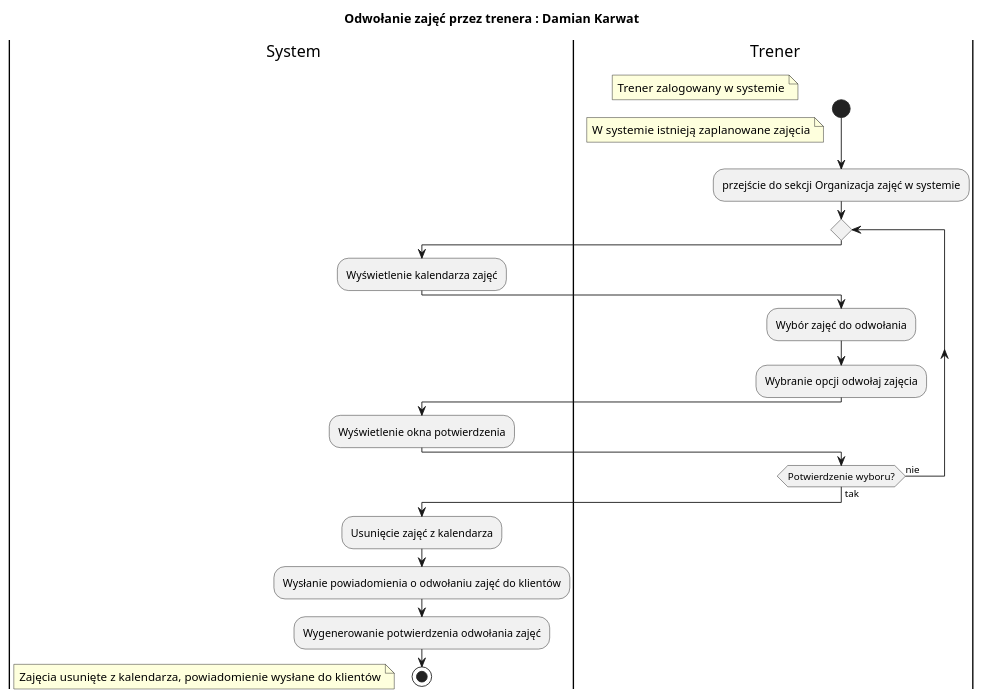
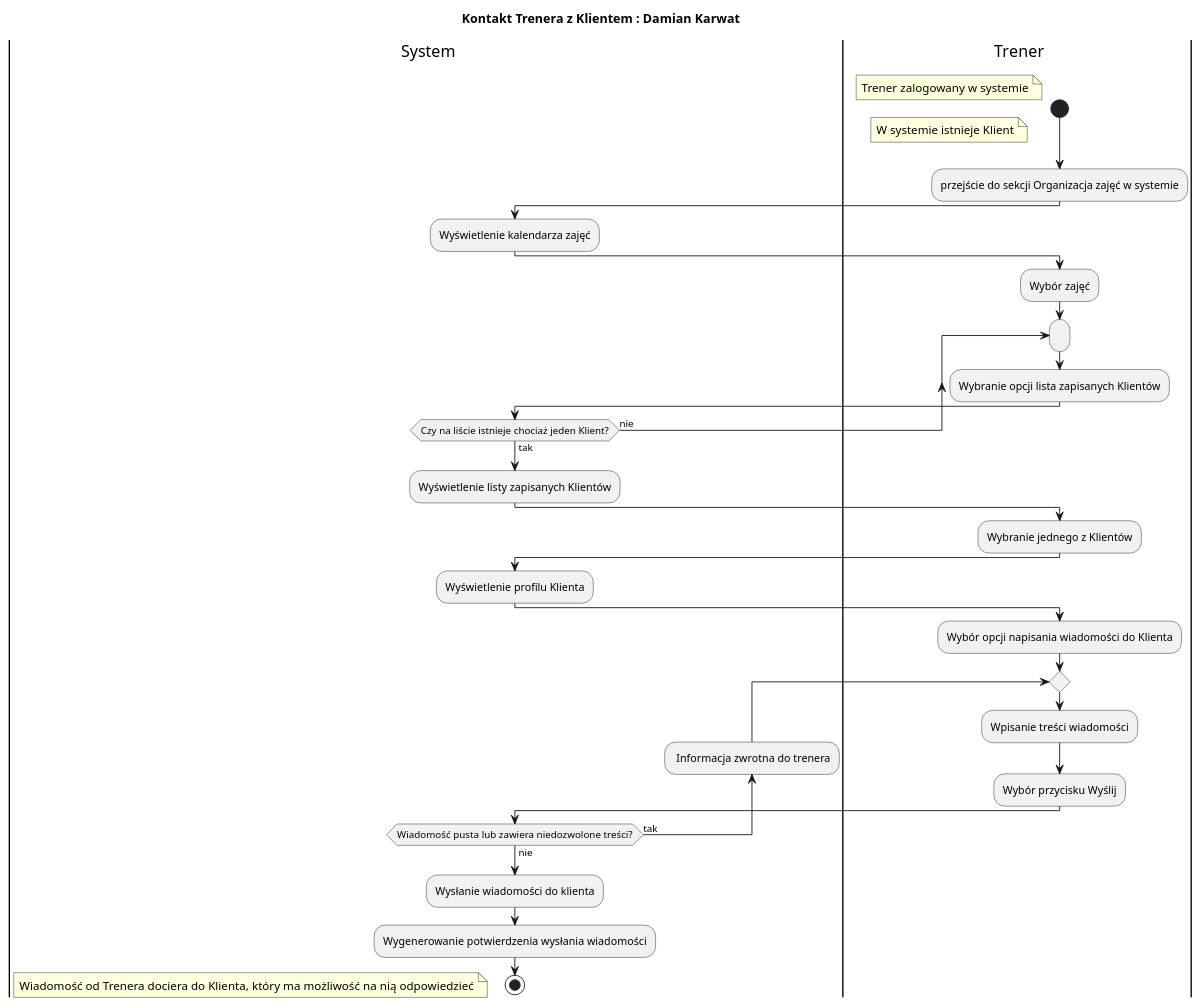
Before and after one commit to filip-stepien/software-engineering-lab: the diagram in src/activity_diagrams/Damian Karwat/kontakt_trener_klient.puml, drawn with PlantUML. The commit also changed 10 other files, not shown here.

Commit message:
added more activity diagrams and started adding them to html

```diff
--- a/src/activity_diagrams/Damian Karwat/kontakt_trener_klient.puml
+++ b/src/activity_diagrams/Damian Karwat/kontakt_trener_klient.puml
@@ -1,27 +1,37 @@
 @startuml
 
-title Odwołanie zajęć przez trenera : Damian Karwat
+title Kontakt Trenera z Klientem : Damian Karwat
 |s| System
 |t| Trener
 start
 floating note left: Trener zalogowany w systemie
-floating note left: W systemie istnieją zaplanowane zajęcia
+floating note left: W systemie istnieje Klient
 :przejście do sekcji Organizacja zajęć w systemie;
+|s|
+:Wyświetlenie kalendarza zajęć;
+|t|
+:Wybór zajęć;
+repeat:
+    :Wybranie opcji lista zapisanych Klientów;
+    |s|
+repeat while (Czy na liście istnieje chociaż jeden Klient?) is (nie) not (tak)
+:Wyświetlenie listy zapisanych Klientów;
+|t|
+:Wybranie jednego z Klientów;
+|s|
+:Wyświetlenie profilu Klienta;
+|t|
+:Wybór opcji napisania wiadomości do Klienta;
 repeat
+    :Wpisanie treści wiadomości;
+    :Wybór przycisku Wyślij;
     |s|
-    :Wyświetlenie kalendarza zajęć;
-    |t|
-    :Wybór zajęć do odwołania;
-    :Wybranie opcji odwołaj zajęcia;
-    |s|
-    :Wyświetlenie okna potwierdzenia;
-    |t|
-repeat while (Potwierdzenie wyboru?) is (nie) not (tak)
+backward: Informacja zwrotna do trenera;
+repeat while (Wiadomość pusta lub zawiera niedozwolone treści?) is (tak) not (nie)
 |s|
-:Usunięcie zajęć z kalendarza;
-:Wysłanie powiadomienia o odwołaniu zajęć do klientów;
-:Wygenerowanie potwierdzenia odwołania zajęć;
+:Wysłanie wiadomości do klienta;
+:Wygenerowanie potwierdzenia wysłania wiadomości;
 stop
-floating note left: Zajęcia usunięte z kalendarza, powiadomienie wysłane do klientów
+floating note left: Wiadomość od Trenera dociera do Klienta, który ma możliwość na nią odpowiedzieć
 
 @enduml
```
